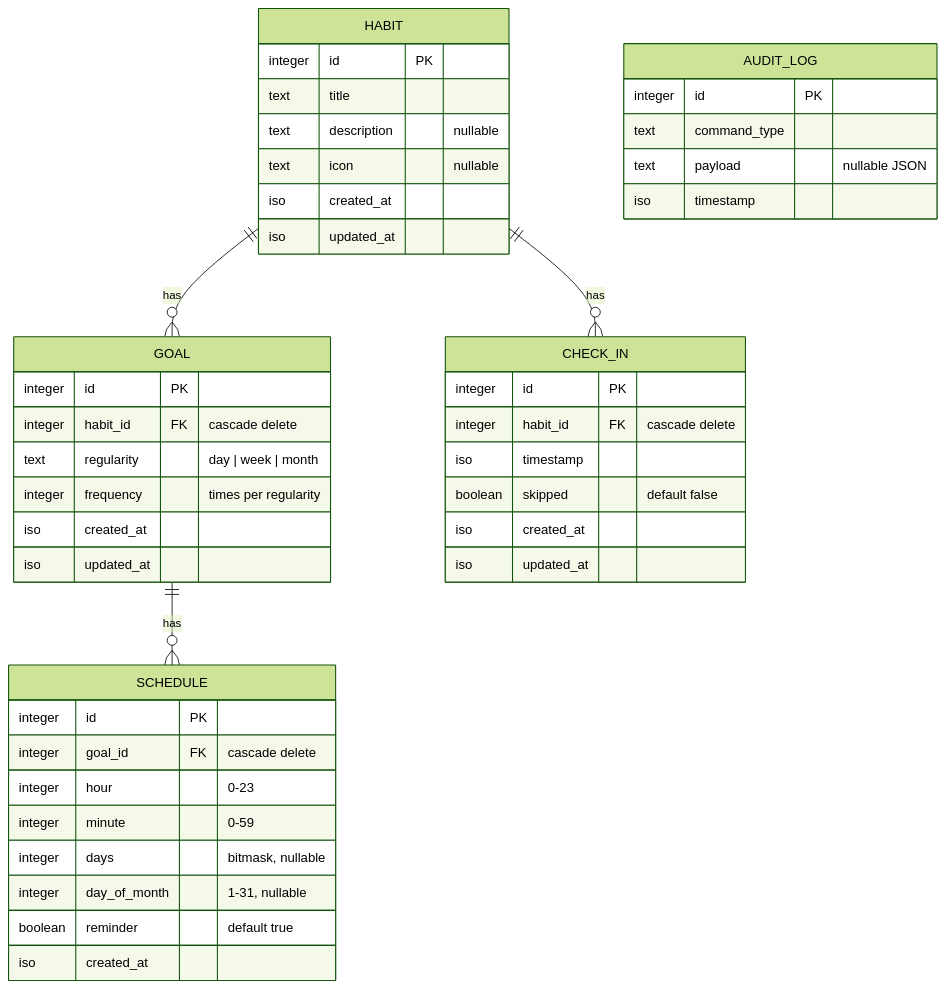
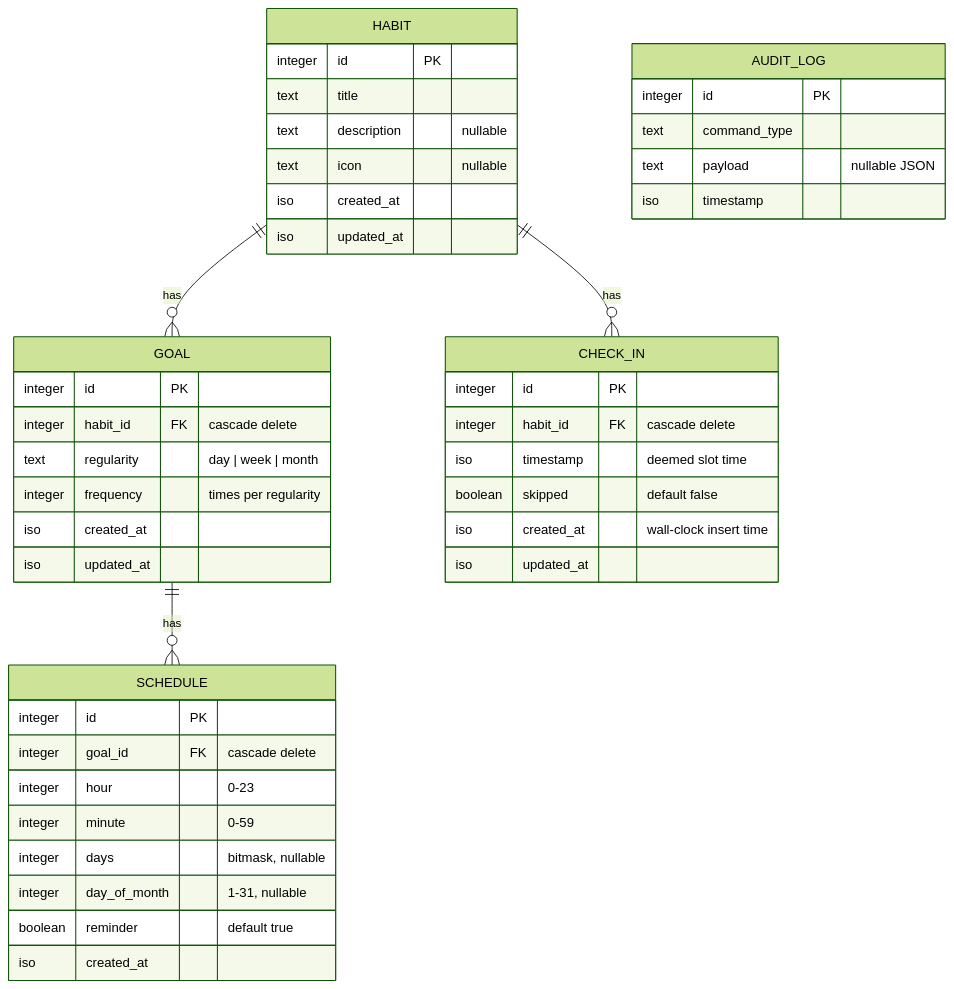
Before and after one commit to auctionready/nag: the diagram in docs/Model.md, drawn with Mermaid (forest theme). The commit also changed other lines of this file and 1 other file, not shown here.

First line of the commit message:
docs: deemed-time check-ins, back-fill, day selection, partial cells

````diff
--- a/docs/Model.md
+++ b/docs/Model.md
@@ -13,51 +13,51 @@
 ```mermaid
 erDiagram
     HABIT ||--o{ GOAL       : "has"
     HABIT ||--o{ CHECK_IN   : "has"
     GOAL  ||--o{ SCHEDULE   : "has"
 
     HABIT {
         integer id PK
         text    title
         text    description "nullable"
         text    icon        "nullable"
         iso     created_at
         iso     updated_at
     }
 
     GOAL {
         integer id PK
         integer habit_id   FK "cascade delete"
         text    regularity "day | week | month"
         integer frequency  "times per regularity"
         iso     created_at
         iso     updated_at
     }
 
     CHECK_IN {
         integer id PK
         integer habit_id  FK "cascade delete"
-        iso     timestamp
-        boolean skipped   "default false"
-        iso     created_at
+        iso     timestamp  "deemed slot time"
+        boolean skipped    "default false"
+        iso     created_at "wall-clock insert time"
         iso     updated_at
     }
 
     SCHEDULE {
         integer id PK
         integer goal_id      FK "cascade delete"
         integer hour         "0-23"
         integer minute       "0-59"
         integer days         "bitmask, nullable"
         integer day_of_month "1-31, nullable"
         boolean reminder     "default true"
         iso     created_at
     }
 
     AUDIT_LOG {
         integer id PK
         text    command_type
         text    payload   "nullable JSON"
         iso     timestamp
     }
 ```
````
